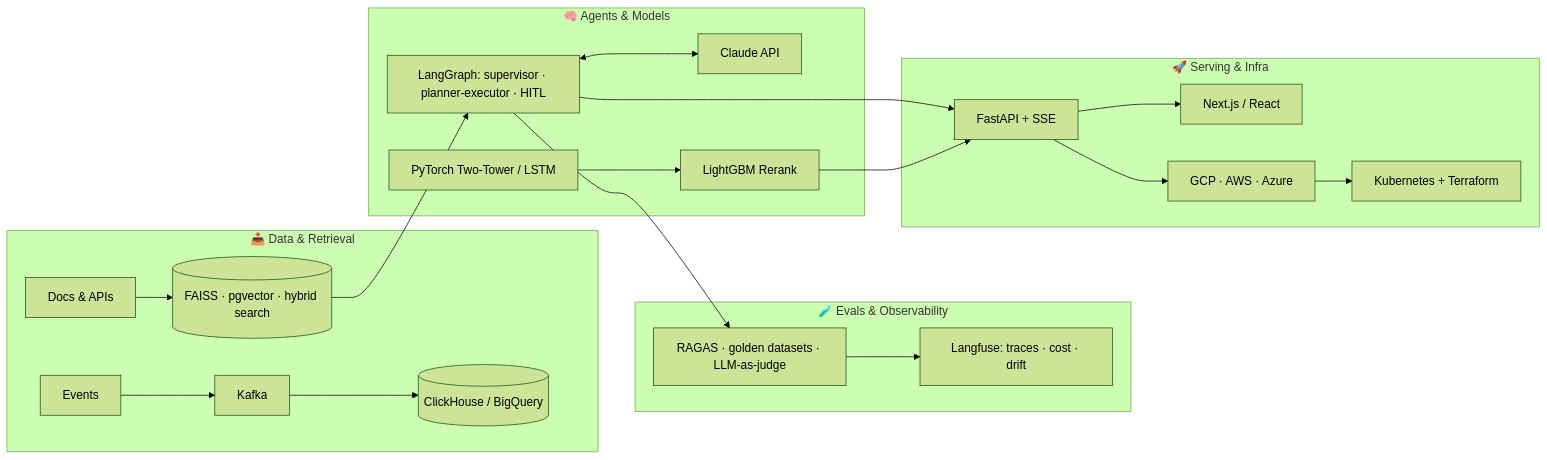
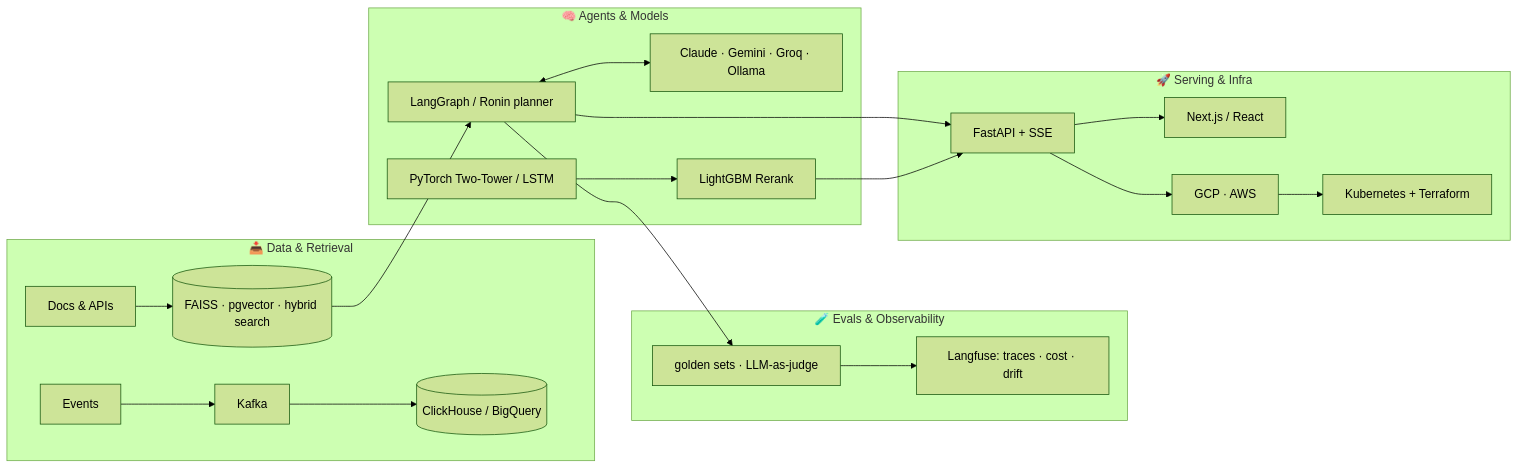
Before and after one commit to rohithkandula19/rohithkandula19: the diagram in README.md, drawn with Mermaid (forest theme). The commit also changed other lines of this file, not shown here.

Commit message:
docs(profile): make Ronin the hero, tighten copy

````diff
--- a/README.md
+++ b/README.md
@@ -218,22 +191,22 @@
 ```mermaid
 flowchart LR
     subgraph Data["📥 Data & Retrieval"]
         Docs[Docs & APIs] --> VS[(FAISS · pgvector · hybrid search)]
         Events[Events] --> Kafka[Kafka] --> CH[(ClickHouse / BigQuery)]
     end
     subgraph Brain["🧠 Agents & Models"]
-        VS --> LG[LangGraph: supervisor · planner-executor · HITL]
-        LG <--> Claude[Claude API]
+        VS --> LG[LangGraph / Ronin planner]
+        LG <--> Claude[Claude · Gemini · Groq · Ollama]
         PT[PyTorch Two-Tower / LSTM] --> LGB[LightGBM Rerank]
     end
     subgraph Evals["🧪 Evals & Observability"]
-        LG --> EV[RAGAS · golden datasets · LLM-as-judge]
+        LG --> EV[golden sets · LLM-as-judge]
         EV --> LF[Langfuse: traces · cost · drift]
     end
     subgraph Serve["🚀 Serving & Infra"]
         LG --> API[FastAPI + SSE]
         LGB --> API
         API --> UI[Next.js / React]
-        API --> Cloud[GCP · AWS · Azure] --> K8s[Kubernetes + Terraform]
+        API --> Cloud[GCP · AWS] --> K8s[Kubernetes + Terraform]
     end
 ```
````
